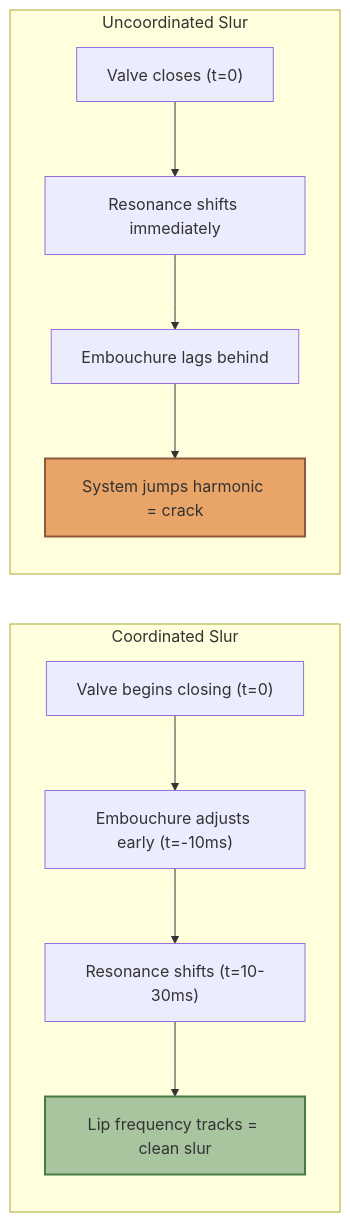
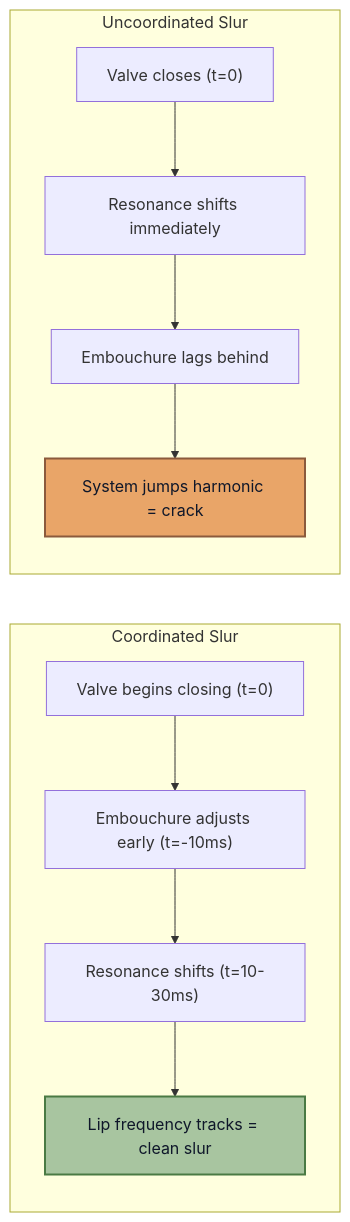
One commit to blebleblee/synapse changed the third of 4 diagrams in topics/arts/music_performance/brass/lesson_02_articulation_and_vibrato.md. Above: the diagram before and after it, drawn with Mermaid. The commit also changed other lines of this file and 1464 other files, not shown here.

Commit message:
feat(release): curriculum vector mermaid upgrade, render hardening, and master synpack

````diff
--- a/topics/arts/music_performance/brass/lesson_02_articulation_and_vibrato.md
+++ b/topics/arts/music_performance/brass/lesson_02_articulation_and_vibrato.md
@@ -105,17 +105,17 @@
 ```mermaid
 graph LR
     subgraph sub_good ["Coordinated Slur"]
         A1["Valve begins closing (t=0)"] --> B1["Embouchure adjusts early (t=-10ms)"]
         B1 --> C1["Resonance shifts (t=10-30ms)"]
         C1 --> D1["Lip frequency tracks = clean slur"]
     end
 
     subgraph sub_bad ["Uncoordinated Slur"]
         A2["Valve closes (t=0)"] --> B2["Resonance shifts immediately"]
         B2 --> C2["Embouchure lags behind"]
         C2 --> D2["System jumps harmonic = crack"]
     end
 
-    style D1 fill:#A8C5A0,stroke:#4A7A44,stroke-width:2px
-    style D2 fill:#E9A568,stroke:#8B5A3C,stroke-width:2px
+    style D1 fill:#A8C5A0,stroke:#4A7A44,stroke-width:2px,color:#0f172a
+    style D2 fill:#E9A568,stroke:#8B5A3C,stroke-width:2px,color:#0f172a
 ```
````
